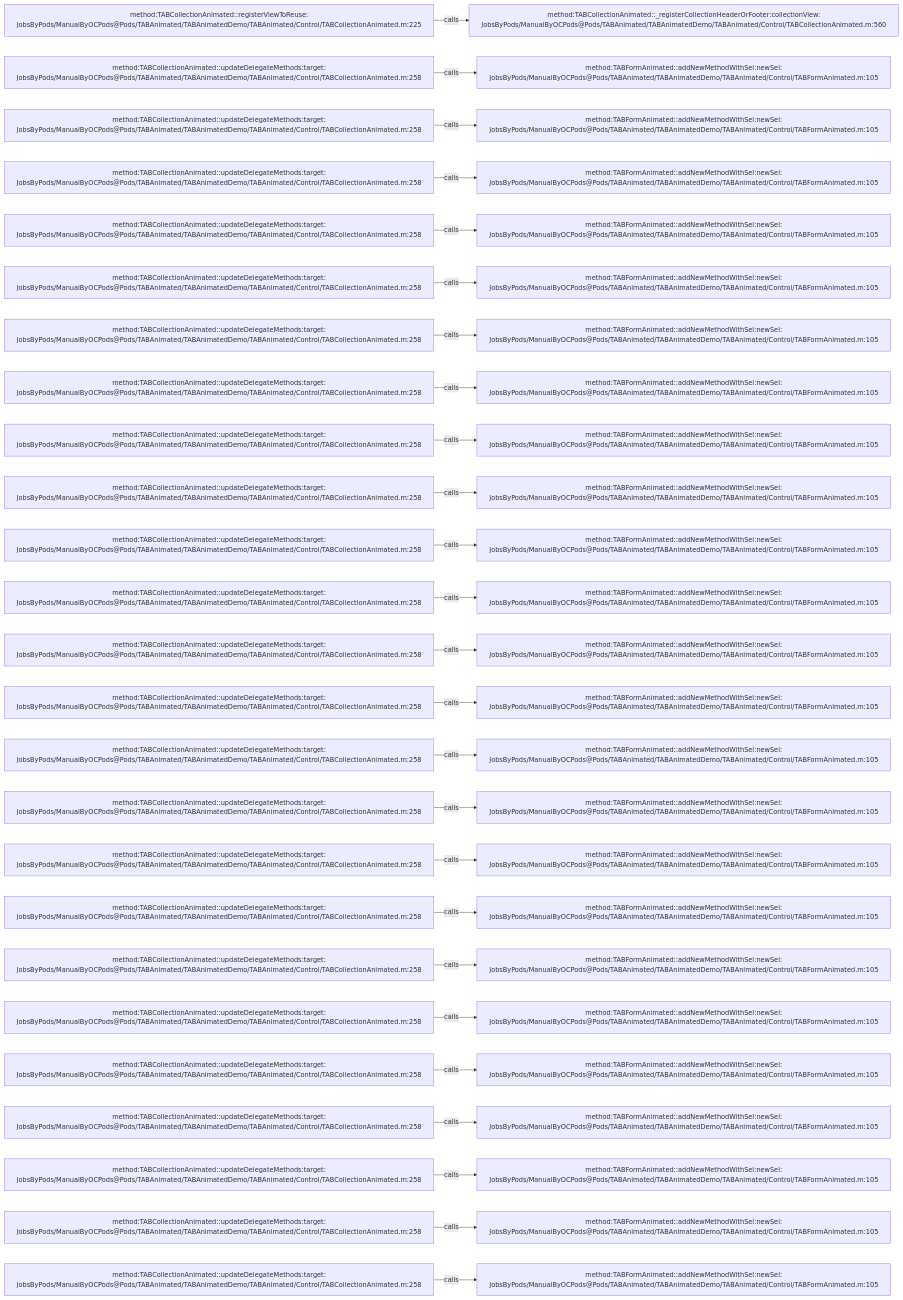
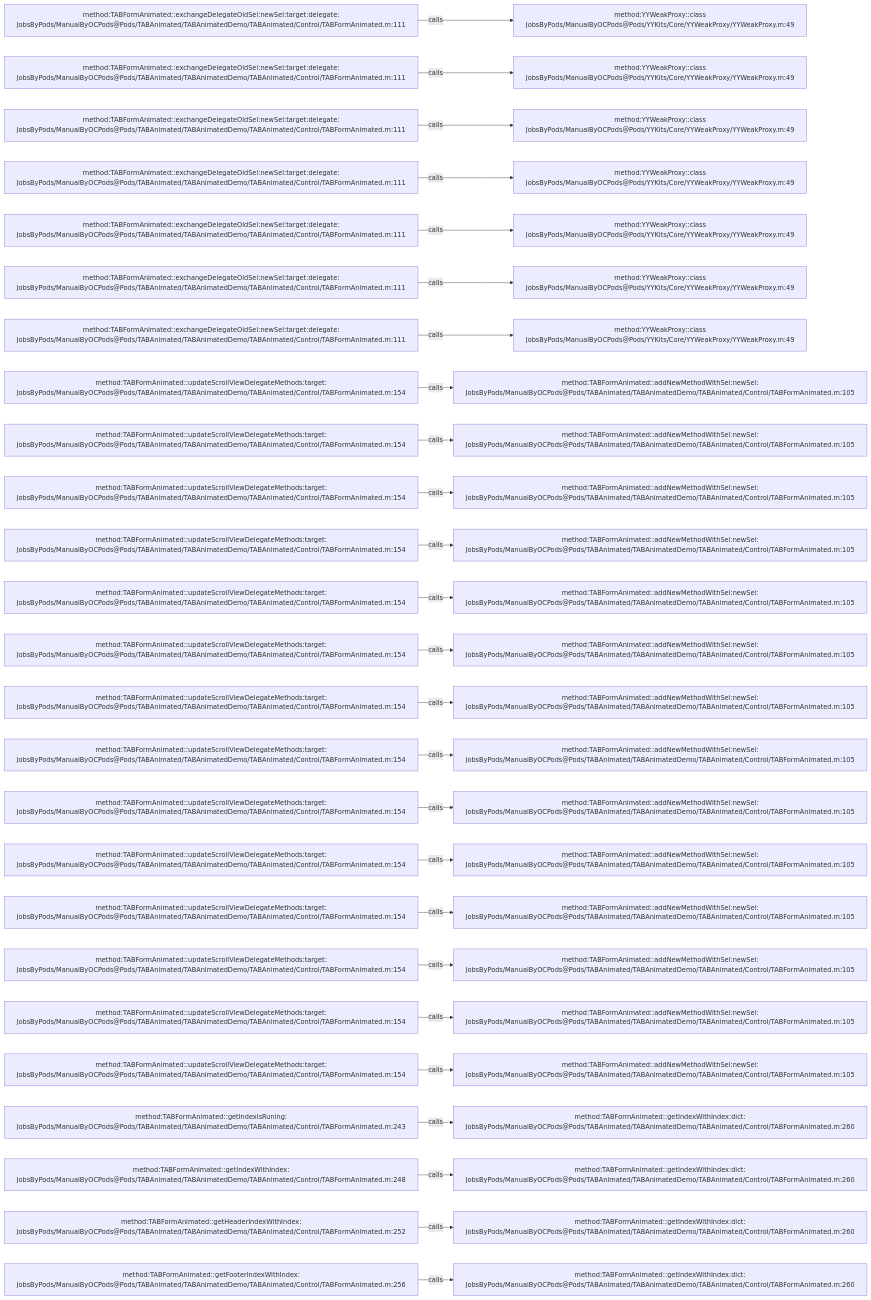
The diagram in .codegraph/codegraph.md/graphs/calls-014.md (JobsKits/JobsOCBaseConfigDemo), drawn with Mermaid before and after one commit. The commit also changed 2723 other files, not shown here.

````diff
--- a/.codegraph/codegraph.md/graphs/calls-014.md
+++ b/.codegraph/codegraph.md/graphs/calls-014.md
@@ -13,78 +13,78 @@
 ```mermaid
 flowchart LR
-  S1["method:TABCollectionAnimated::registerViewToReuse:<br/>JobsByPods/ManualByOCPods@Pods/TABAnimated/TABAnimatedDemo/TABAnimated/Control/TABCollectionAnimated.m:225"]
-  T1["method:TABCollectionAnimated::_registerCollectionHeaderOrFooter:collectionView:<br/>JobsByPods/ManualByOCPods@Pods/TABAnimated/TABAnimatedDemo/TABAnimated/Control/TABCollectionAnimated.m:560"]
+  S1["method:TABFormAnimated::exchangeDelegateOldSel:newSel:target:delegate:<br/>JobsByPods/ManualByOCPods@Pods/TABAnimated/TABAnimatedDemo/TABAnimated/Control/TABFormAnimated.m:111"]
+  T1["method:YYWeakProxy::class<br/>JobsByPods/ManualByOCPods@Pods/YYKits/Core/YYWeakProxy/YYWeakProxy.m:49"]
   S1 -->|calls| T1
-  S2["method:TABCollectionAnimated::updateDelegateMethods:target:<br/>JobsByPods/ManualByOCPods@Pods/TABAnimated/TABAnimatedDemo/TABAnimated/Control/TABCollectionAnimated.m:258"]
-  T2["method:TABFormAnimated::addNewMethodWithSel:newSel:<br/>JobsByPods/ManualByOCPods@Pods/TABAnimated/TABAnimatedDemo/TABAnimated/Control/TABFormAnimated.m:105"]
+  S2["method:TABFormAnimated::exchangeDelegateOldSel:newSel:target:delegate:<br/>JobsByPods/ManualByOCPods@Pods/TABAnimated/TABAnimatedDemo/TABAnimated/Control/TABFormAnimated.m:111"]
+  T2["method:YYWeakProxy::class<br/>JobsByPods/ManualByOCPods@Pods/YYKits/Core/YYWeakProxy/YYWeakProxy.m:49"]
   S2 -->|calls| T2
-  S3["method:TABCollectionAnimated::updateDelegateMethods:target:<br/>JobsByPods/ManualByOCPods@Pods/TABAnimated/TABAnimatedDemo/TABAnimated/Control/TABCollectionAnimated.m:258"]
-  T3["method:TABFormAnimated::addNewMethodWithSel:newSel:<br/>JobsByPods/ManualByOCPods@Pods/TABAnimated/TABAnimatedDemo/TABAnimated/Control/TABFormAnimated.m:105"]
+  S3["method:TABFormAnimated::exchangeDelegateOldSel:newSel:target:delegate:<br/>JobsByPods/ManualByOCPods@Pods/TABAnimated/TABAnimatedDemo/TABAnimated/Control/TABFormAnimated.m:111"]
+  T3["method:YYWeakProxy::class<br/>JobsByPods/ManualByOCPods@Pods/YYKits/Core/YYWeakProxy/YYWeakProxy.m:49"]
   S3 -->|calls| T3
-  S4["method:TABCollectionAnimated::updateDelegateMethods:target:<br/>JobsByPods/ManualByOCPods@Pods/TABAnimated/TABAnimatedDemo/TABAnimated/Control/TABCollectionAnimated.m:258"]
-  T4["method:TABFormAnimated::addNewMethodWithSel:newSel:<br/>JobsByPods/ManualByOCPods@Pods/TABAnimated/TABAnimatedDemo/TABAnimated/Control/TABFormAnimated.m:105"]
+  S4["method:TABFormAnimated::exchangeDelegateOldSel:newSel:target:delegate:<br/>JobsByPods/ManualByOCPods@Pods/TABAnimated/TABAnimatedDemo/TABAnimated/Control/TABFormAnimated.m:111"]
+  T4["method:YYWeakProxy::class<br/>JobsByPods/ManualByOCPods@Pods/YYKits/Core/YYWeakProxy/YYWeakProxy.m:49"]
   S4 -->|calls| T4
-  S5["method:TABCollectionAnimated::updateDelegateMethods:target:<br/>JobsByPods/ManualByOCPods@Pods/TABAnimated/TABAnimatedDemo/TABAnimated/Control/TABCollectionAnimated.m:258"]
-  T5["method:TABFormAnimated::addNewMethodWithSel:newSel:<br/>JobsByPods/ManualByOCPods@Pods/TABAnimated/TABAnimatedDemo/TABAnimated/Control/TABFormAnimated.m:105"]
+  S5["method:TABFormAnimated::exchangeDelegateOldSel:newSel:target:delegate:<br/>JobsByPods/ManualByOCPods@Pods/TABAnimated/TABAnimatedDemo/TABAnimated/Control/TABFormAnimated.m:111"]
+  T5["method:YYWeakProxy::class<br/>JobsByPods/ManualByOCPods@Pods/YYKits/Core/YYWeakProxy/YYWeakProxy.m:49"]
   S5 -->|calls| T5
-  S6["method:TABCollectionAnimated::updateDelegateMethods:target:<br/>JobsByPods/ManualByOCPods@Pods/TABAnimated/TABAnimatedDemo/TABAnimated/Control/TABCollectionAnimated.m:258"]
-  T6["method:TABFormAnimated::addNewMethodWithSel:newSel:<br/>JobsByPods/ManualByOCPods@Pods/TABAnimated/TABAnimatedDemo/TABAnimated/Control/TABFormAnimated.m:105"]
+  S6["method:TABFormAnimated::exchangeDelegateOldSel:newSel:target:delegate:<br/>JobsByPods/ManualByOCPods@Pods/TABAnimated/TABAnimatedDemo/TABAnimated/Control/TABFormAnimated.m:111"]
+  T6["method:YYWeakProxy::class<br/>JobsByPods/ManualByOCPods@Pods/YYKits/Core/YYWeakProxy/YYWeakProxy.m:49"]
   S6 -->|calls| T6
-  S7["method:TABCollectionAnimated::updateDelegateMethods:target:<br/>JobsByPods/ManualByOCPods@Pods/TABAnimated/TABAnimatedDemo/TABAnimated/Control/TABCollectionAnimated.m:258"]
-  T7["method:TABFormAnimated::addNewMethodWithSel:newSel:<br/>JobsByPods/ManualByOCPods@Pods/TABAnimated/TABAnimatedDemo/TABAnimated/Control/TABFormAnimated.m:105"]
+  S7["method:TABFormAnimated::exchangeDelegateOldSel:newSel:target:delegate:<br/>JobsByPods/ManualByOCPods@Pods/TABAnimated/TABAnimatedDemo/TABAnimated/Control/TABFormAnimated.m:111"]
+  T7["method:YYWeakProxy::class<br/>JobsByPods/ManualByOCPods@Pods/YYKits/Core/YYWeakProxy/YYWeakProxy.m:49"]
   S7 -->|calls| T7
-  S8["method:TABCollectionAnimated::updateDelegateMethods:target:<br/>JobsByPods/ManualByOCPods@Pods/TABAnimated/TABAnimatedDemo/TABAnimated/Control/TABCollectionAnimated.m:258"]
+  S8["method:TABFormAnimated::updateScrollViewDelegateMethods:target:<br/>JobsByPods/ManualByOCPods@Pods/TABAnimated/TABAnimatedDemo/TABAnimated/Control/TABFormAnimated.m:154"]
   T8["method:TABFormAnimated::addNewMethodWithSel:newSel:<br/>JobsByPods/ManualByOCPods@Pods/TABAnimated/TABAnimatedDemo/TABAnimated/Control/TABFormAnimated.m:105"]
   S8 -->|calls| T8
-  S9["method:TABCollectionAnimated::updateDelegateMethods:target:<br/>JobsByPods/ManualByOCPods@Pods/TABAnimated/TABAnimatedDemo/TABAnimated/Control/TABCollectionAnimated.m:258"]
+  S9["method:TABFormAnimated::updateScrollViewDelegateMethods:target:<br/>JobsByPods/ManualByOCPods@Pods/TABAnimated/TABAnimatedDemo/TABAnimated/Control/TABFormAnimated.m:154"]
   T9["method:TABFormAnimated::addNewMethodWithSel:newSel:<br/>JobsByPods/ManualByOCPods@Pods/TABAnimated/TABAnimatedDemo/TABAnimated/Control/TABFormAnimated.m:105"]
   S9 -->|calls| T9
-  S10["method:TABCollectionAnimated::updateDelegateMethods:target:<br/>JobsByPods/ManualByOCPods@Pods/TABAnimated/TABAnimatedDemo/TABAnimated/Control/TABCollectionAnimated.m:258"]
+  S10["method:TABFormAnimated::updateScrollViewDelegateMethods:target:<br/>JobsByPods/ManualByOCPods@Pods/TABAnimated/TABAnimatedDemo/TABAnimated/Control/TABFormAnimated.m:154"]
   T10["method:TABFormAnimated::addNewMethodWithSel:newSel:<br/>JobsByPods/ManualByOCPods@Pods/TABAnimated/TABAnimatedDemo/TABAnimated/Control/TABFormAnimated.m:105"]
   S10 -->|calls| T10
-  S11["method:TABCollectionAnimated::updateDelegateMethods:target:<br/>JobsByPods/ManualByOCPods@Pods/TABAnimated/TABAnimatedDemo/TABAnimated/Control/TABCollectionAnimated.m:258"]
+  S11["method:TABFormAnimated::updateScrollViewDelegateMethods:target:<br/>JobsByPods/ManualByOCPods@Pods/TABAnimated/TABAnimatedDemo/TABAnimated/Control/TABFormAnimated.m:154"]
   T11["method:TABFormAnimated::addNewMethodWithSel:newSel:<br/>JobsByPods/ManualByOCPods@Pods/TABAnimated/TABAnimatedDemo/TABAnimated/Control/TABFormAnimated.m:105"]
   S11 -->|calls| T11
-  S12["method:TABCollectionAnimated::updateDelegateMethods:target:<br/>JobsByPods/ManualByOCPods@Pods/TABAnimated/TABAnimatedDemo/TABAnimated/Control/TABCollectionAnimated.m:258"]
+  S12["method:TABFormAnimated::updateScrollViewDelegateMethods:target:<br/>JobsByPods/ManualByOCPods@Pods/TABAnimated/TABAnimatedDemo/TABAnimated/Control/TABFormAnimated.m:154"]
   T12["method:TABFormAnimated::addNewMethodWithSel:newSel:<br/>JobsByPods/ManualByOCPods@Pods/TABAnimated/TABAnimatedDemo/TABAnimated/Control/TABFormAnimated.m:105"]
   S12 -->|calls| T12
-  S13["method:TABCollectionAnimated::updateDelegateMethods:target:<br/>JobsByPods/ManualByOCPods@Pods/TABAnimated/TABAnimatedDemo/TABAnimated/Control/TABCollectionAnimated.m:258"]
+  S13["method:TABFormAnimated::updateScrollViewDelegateMethods:target:<br/>JobsByPods/ManualByOCPods@Pods/TABAnimated/TABAnimatedDemo/TABAnimated/Control/TABFormAnimated.m:154"]
   T13["method:TABFormAnimated::addNewMethodWithSel:newSel:<br/>JobsByPods/ManualByOCPods@Pods/TABAnimated/TABAnimatedDemo/TABAnimated/Control/TABFormAnimated.m:105"]
   S13 -->|calls| T13
-  S14["method:TABCollectionAnimated::updateDelegateMethods:target:<br/>JobsByPods/ManualByOCPods@Pods/TABAnimated/TABAnimatedDemo/TABAnimated/Control/TABCollectionAnimated.m:258"]
+  S14["method:TABFormAnimated::updateScrollViewDelegateMethods:target:<br/>JobsByPods/ManualByOCPods@Pods/TABAnimated/TABAnimatedDemo/TABAnimated/Control/TABFormAnimated.m:154"]
   T14["method:TABFormAnimated::addNewMethodWithSel:newSel:<br/>JobsByPods/ManualByOCPods@Pods/TABAnimated/TABAnimatedDemo/TABAnimated/Control/TABFormAnimated.m:105"]
   S14 -->|calls| T14
-  S15["method:TABCollectionAnimated::updateDelegateMethods:target:<br/>JobsByPods/ManualByOCPods@Pods/TABAnimated/TABAnimatedDemo/TABAnimated/Control/TABCollectionAnimated.m:258"]
+  S15["method:TABFormAnimated::updateScrollViewDelegateMethods:target:<br/>JobsByPods/ManualByOCPods@Pods/TABAnimated/TABAnimatedDemo/TABAnimated/Control/TABFormAnimated.m:154"]
   T15["method:TABFormAnimated::addNewMethodWithSel:newSel:<br/>JobsByPods/ManualByOCPods@Pods/TABAnimated/TABAnimatedDemo/TABAnimated/Control/TABFormAnimated.m:105"]
   S15 -->|calls| T15
-  S16["method:TABCollectionAnimated::updateDelegateMethods:target:<br/>JobsByPods/ManualByOCPods@Pods/TABAnimated/TABAnimatedDemo/TABAnimated/Control/TABCollectionAnimated.m:258"]
+  S16["method:TABFormAnimated::updateScrollViewDelegateMethods:target:<br/>JobsByPods/ManualByOCPods@Pods/TABAnimated/TABAnimatedDemo/TABAnimated/Control/TABFormAnimated.m:154"]
   T16["method:TABFormAnimated::addNewMethodWithSel:newSel:<br/>JobsByPods/ManualByOCPods@Pods/TABAnimated/TABAnimatedDemo/TABAnimated/Control/TABFormAnimated.m:105"]
   S16 -->|calls| T16
-  S17["method:TABCollectionAnimated::updateDelegateMethods:target:<br/>JobsByPods/ManualByOCPods@Pods/TABAnimated/TABAnimatedDemo/TABAnimated/Control/TABCollectionAnimated.m:258"]
+  S17["method:TABFormAnimated::updateScrollViewDelegateMethods:target:<br/>JobsByPods/ManualByOCPods@Pods/TABAnimated/TABAnimatedDemo/TABAnimated/Control/TABFormAnimated.m:154"]
   T17["method:TABFormAnimated::addNewMethodWithSel:newSel:<br/>JobsByPods/ManualByOCPods@Pods/TABAnimated/TABAnimatedDemo/TABAnimated/Control/TABFormAnimated.m:105"]
   S17 -->|calls| T17
-  S18["method:TABCollectionAnimated::updateDelegateMethods:target:<br/>JobsByPods/ManualByOCPods@Pods/TABAnimated/TABAnimatedDemo/TABAnimated/Control/TABCollectionAnimated.m:258"]
+  S18["method:TABFormAnimated::updateScrollViewDelegateMethods:target:<br/>JobsByPods/ManualByOCPods@Pods/TABAnimated/TABAnimatedDemo/TABAnimated/Control/TABFormAnimated.m:154"]
   T18["method:TABFormAnimated::addNewMethodWithSel:newSel:<br/>JobsByPods/ManualByOCPods@Pods/TABAnimated/TABAnimatedDemo/TABAnimated/Control/TABFormAnimated.m:105"]
   S18 -->|calls| T18
-  S19["method:TABCollectionAnimated::updateDelegateMethods:target:<br/>JobsByPods/ManualByOCPods@Pods/TABAnimated/TABAnimatedDemo/TABAnimated/Control/TABCollectionAnimated.m:258"]
+  S19["method:TABFormAnimated::updateScrollViewDelegateMethods:target:<br/>JobsByPods/ManualByOCPods@Pods/TABAnimated/TABAnimatedDemo/TABAnimated/Control/TABFormAnimated.m:154"]
   T19["method:TABFormAnimated::addNewMethodWithSel:newSel:<br/>JobsByPods/ManualByOCPods@Pods/TABAnimated/TABAnimatedDemo/TABAnimated/Control/TABFormAnimated.m:105"]
   S19 -->|calls| T19
-  S20["method:TABCollectionAnimated::updateDelegateMethods:target:<br/>JobsByPods/ManualByOCPods@Pods/TABAnimated/TABAnimatedDemo/TABAnimated/Control/TABCollectionAnimated.m:258"]
+  S20["method:TABFormAnimated::updateScrollViewDelegateMethods:target:<br/>JobsByPods/ManualByOCPods@Pods/TABAnimated/TABAnimatedDemo/TABAnimated/Control/TABFormAnimated.m:154"]
   T20["method:TABFormAnimated::addNewMethodWithSel:newSel:<br/>JobsByPods/ManualByOCPods@Pods/TABAnimated/TABAnimatedDemo/TABAnimated/Control/TABFormAnimated.m:105"]
   S20 -->|calls| T20
-  S21["method:TABCollectionAnimated::updateDelegateMethods:target:<br/>JobsByPods/ManualByOCPods@Pods/TABAnimated/TABAnimatedDemo/TABAnimated/Control/TABCollectionAnimated.m:258"]
+  S21["method:TABFormAnimated::updateScrollViewDelegateMethods:target:<br/>JobsByPods/ManualByOCPods@Pods/TABAnimated/TABAnimatedDemo/TABAnimated/Control/TABFormAnimated.m:154"]
   T21["method:TABFormAnimated::addNewMethodWithSel:newSel:<br/>JobsByPods/ManualByOCPods@Pods/TABAnimated/TABAnimatedDemo/TABAnimated/Control/TABFormAnimated.m:105"]
   S21 -->|calls| T21
-  S22["method:TABCollectionAnimated::updateDelegateMethods:target:<br/>JobsByPods/ManualByOCPods@Pods/TABAnimated/TABAnimatedDemo/TABAnimated/Control/TABCollectionAnimated.m:258"]
-  T22["method:TABFormAnimated::addNewMethodWithSel:newSel:<br/>JobsByPods/ManualByOCPods@Pods/TABAnimated/TABAnimatedDemo/TABAnimated/Control/TABFormAnimated.m:105"]
+  S22["method:TABFormAnimated::getIndexIsRuning:<br/>JobsByPods/ManualByOCPods@Pods/TABAnimated/TABAnimatedDemo/TABAnimated/Control/TABFormAnimated.m:243"]
+  T22["method:TABFormAnimated::getIndexWithIndex:dict:<br/>JobsByPods/ManualByOCPods@Pods/TABAnimated/TABAnimatedDemo/TABAnimated/Control/TABFormAnimated.m:260"]
   S22 -->|calls| T22
-  S23["method:TABCollectionAnimated::updateDelegateMethods:target:<br/>JobsByPods/ManualByOCPods@Pods/TABAnimated/TABAnimatedDemo/TABAnimated/Control/TABCollectionAnimated.m:258"]
-  T23["method:TABFormAnimated::addNewMethodWithSel:newSel:<br/>JobsByPods/ManualByOCPods@Pods/TABAnimated/TABAnimatedDemo/TABAnimated/Control/TABFormAnimated.m:105"]
+  S23["method:TABFormAnimated::getIndexWithIndex:<br/>JobsByPods/ManualByOCPods@Pods/TABAnimated/TABAnimatedDemo/TABAnimated/Control/TABFormAnimated.m:248"]
+  T23["method:TABFormAnimated::getIndexWithIndex:dict:<br/>JobsByPods/ManualByOCPods@Pods/TABAnimated/TABAnimatedDemo/TABAnimated/Control/TABFormAnimated.m:260"]
   S23 -->|calls| T23
-  S24["method:TABCollectionAnimated::updateDelegateMethods:target:<br/>JobsByPods/ManualByOCPods@Pods/TABAnimated/TABAnimatedDemo/TABAnimated/Control/TABCollectionAnimated.m:258"]
-  T24["method:TABFormAnimated::addNewMethodWithSel:newSel:<br/>JobsByPods/ManualByOCPods@Pods/TABAnimated/TABAnimatedDemo/TABAnimated/Control/TABFormAnimated.m:105"]
+  S24["method:TABFormAnimated::getHeaderIndexWithIndex:<br/>JobsByPods/ManualByOCPods@Pods/TABAnimated/TABAnimatedDemo/TABAnimated/Control/TABFormAnimated.m:252"]
+  T24["method:TABFormAnimated::getIndexWithIndex:dict:<br/>JobsByPods/ManualByOCPods@Pods/TABAnimated/TABAnimatedDemo/TABAnimated/Control/TABFormAnimated.m:260"]
   S24 -->|calls| T24
-  S25["method:TABCollectionAnimated::updateDelegateMethods:target:<br/>JobsByPods/ManualByOCPods@Pods/TABAnimated/TABAnimatedDemo/TABAnimated/Control/TABCollectionAnimated.m:258"]
-  T25["method:TABFormAnimated::addNewMethodWithSel:newSel:<br/>JobsByPods/ManualByOCPods@Pods/TABAnimated/TABAnimatedDemo/TABAnimated/Control/TABFormAnimated.m:105"]
+  S25["method:TABFormAnimated::getFooterIndexWithIndex:<br/>JobsByPods/ManualByOCPods@Pods/TABAnimated/TABAnimatedDemo/TABAnimated/Control/TABFormAnimated.m:256"]
+  T25["method:TABFormAnimated::getIndexWithIndex:dict:<br/>JobsByPods/ManualByOCPods@Pods/TABAnimated/TABAnimatedDemo/TABAnimated/Control/TABFormAnimated.m:260"]
   S25 -->|calls| T25
 ```
````
